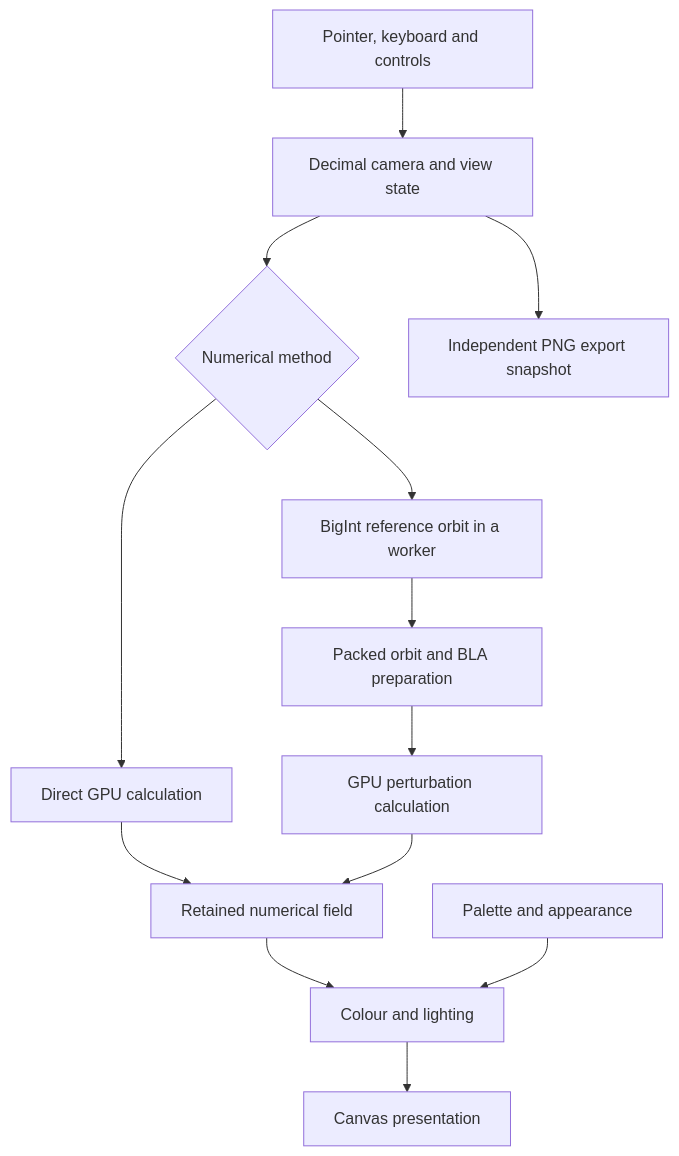
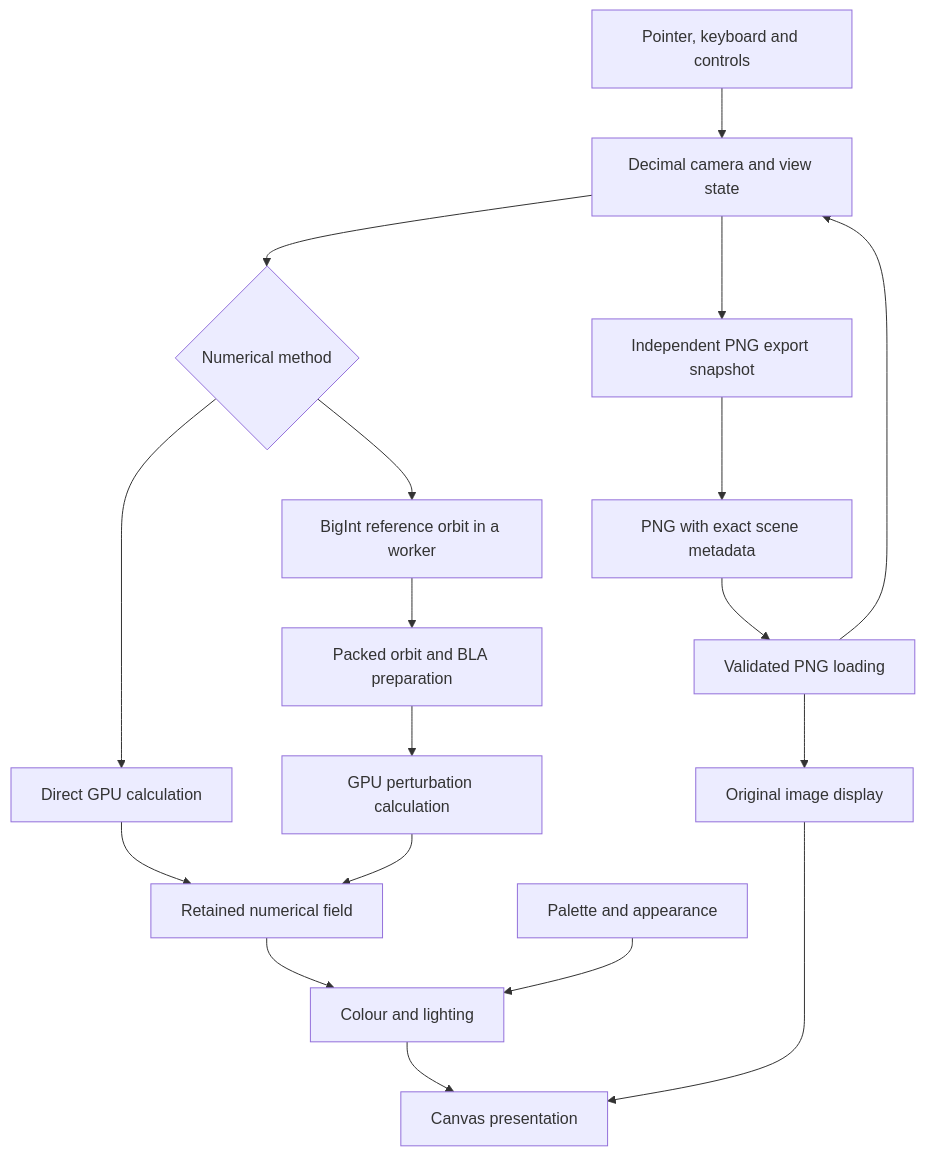
The diagram in README.md (byronbuzz/DeepGPU-Zoomer), drawn with Mermaid before and after one commit. The commit also changed other lines of this file and 4 other files, not shown here.

````diff
--- a/README.md
+++ b/README.md
@@ -154,15 +154,20 @@
 ```mermaid
 flowchart TD
     A[Pointer, keyboard and controls] --> B[Decimal camera and view state]
     B --> C{Numerical method}
     C --> D[Direct GPU calculation]
     C --> E[BigInt reference orbit in a worker]
     E --> F[Packed orbit and BLA preparation]
     F --> G[GPU perturbation calculation]
     D --> H[Retained numerical field]
     G --> H
     H --> I[Colour and lighting]
     I --> J[Canvas presentation]
     K[Palette and appearance] --> I
     B --> L[Independent PNG export snapshot]
+    L --> N[PNG with exact scene metadata]
+    N --> O[Validated PNG loading]
+    O --> B
+    O --> P[Original image display]
+    P --> J
 ```
````
